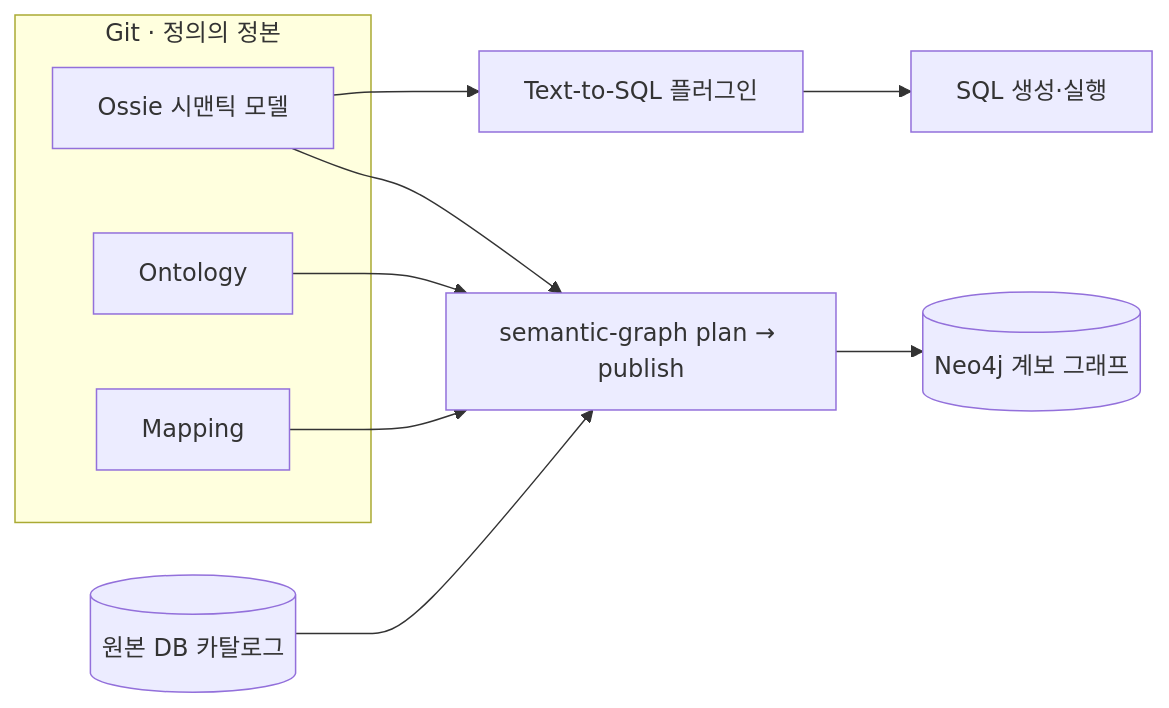
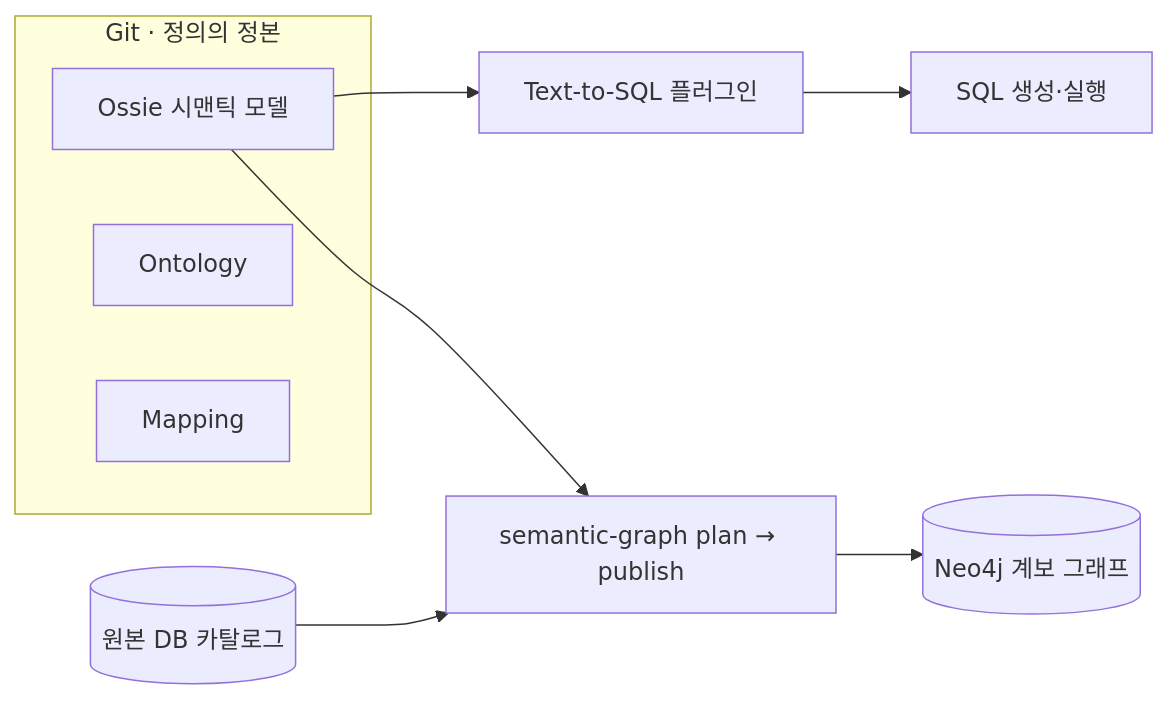
One commit to zisu17/semantic-definitions changed the diagram in README.md. Above: the diagram before and after it, drawn with Mermaid. The commit also changed other lines of this file and 7 other files, not shown here.

Commit message:
Align Neo4j metadata graph with published design

````diff
--- a/README.md
+++ b/README.md
@@ -13,15 +13,13 @@
 ```mermaid
 flowchart LR
     subgraph Git[Git · 정의의 정본]
         O[Ossie 시맨틱 모델]
         N[Ontology]
         M[Mapping]
     end
     O --> P[Text-to-SQL 플러그인]
     P --> SQL[SQL 생성·실행]
     O --> B[semantic-graph plan → publish]
-    N --> B
-    M --> B
     DB[(원본 DB 카탈로그)] --> B
     B --> G[(Neo4j 계보 그래프)]
 ```
````
